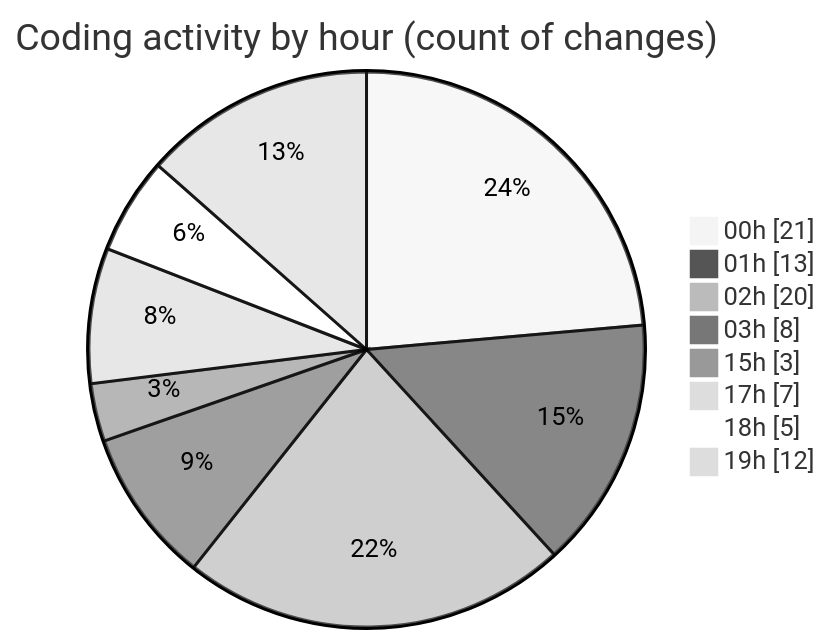
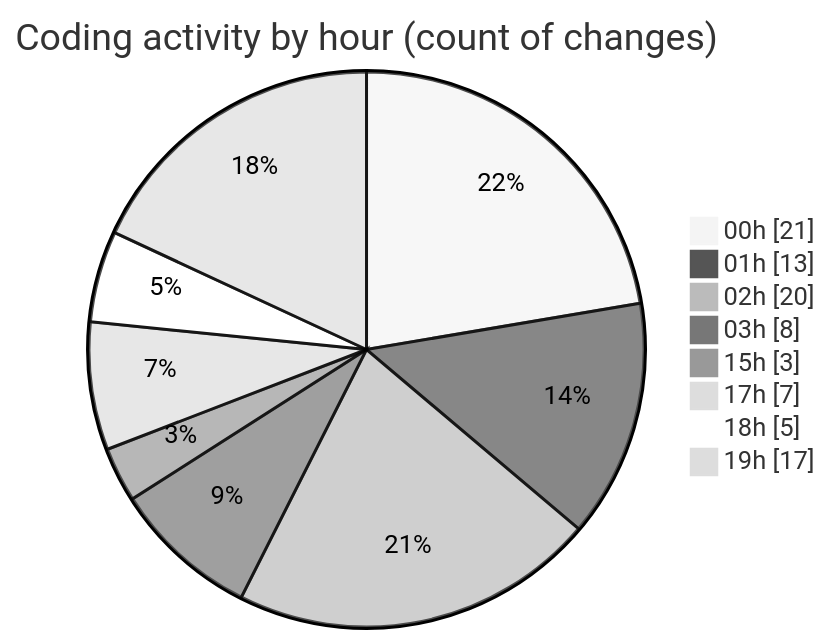
Before and after one commit to Ritupan-Deka/code-tracking: the second of 2 diagrams in 2025-06-22/___base/README.md, drawn with Mermaid (neutral theme). The commit also changed other lines of this file and 1 other file, not shown here.

````diff
--- a/2025-06-22/___base/README.md
+++ b/2025-06-22/___base/README.md
@@ -36,12 +36,12 @@
 ```mermaid
 pie showData
 title Coding activity by hour (count of changes)
 "00h" : 21
 "01h" : 13
 "02h" : 20
 "03h" : 8
 "15h" : 3
 "17h" : 7
 "18h" : 5
-"19h" : 12
+"19h" : 17
 ```
````
